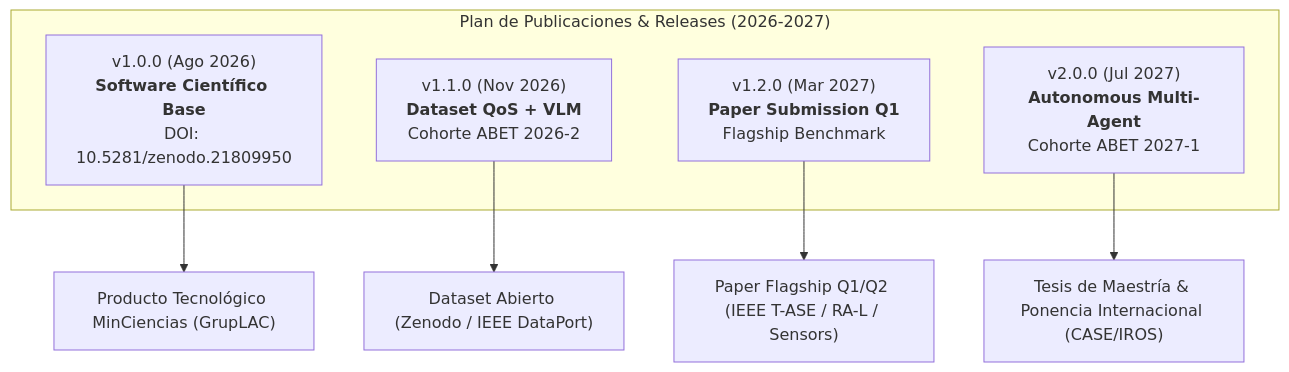
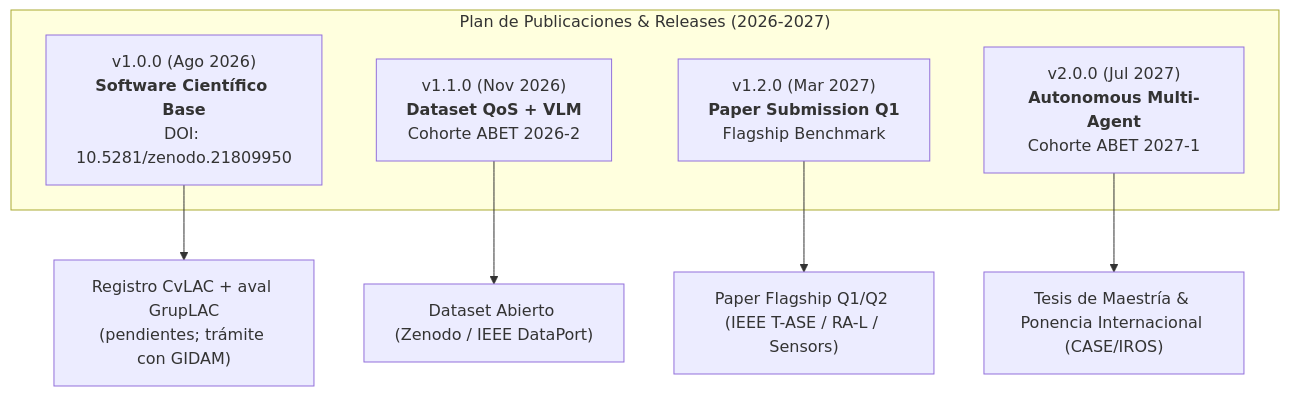
The diagram in docs/research/PLAN_PUBLICACIONES_Y_RELEASES_ZENODO.md (roncanciovl/burger_delivery), drawn with Mermaid before and after one commit. The commit also changed other lines of this file and 12 other files, not shown here.

````diff
--- a/docs/research/PLAN_PUBLICACIONES_Y_RELEASES_ZENODO.md
+++ b/docs/research/PLAN_PUBLICACIONES_Y_RELEASES_ZENODO.md
@@ -32,14 +34,14 @@
 ```mermaid
 flowchart TD
-    subgraph Plan_VOLTA ["Plan de Publicaciones & Releases (2026-2027)"]
+    subgraph Plan_GIDAM ["Plan de Publicaciones & Releases (2026-2027)"]
         R100["v1.0.0 (Ago 2026)<br><b>Software Científico Base</b><br>DOI: 10.5281/zenodo.21809950"]
         R110["v1.1.0 (Nov 2026)<br><b>Dataset QoS + VLM</b><br>Cohorte ABET 2026-2"]
         R120["v1.2.0 (Mar 2027)<br><b>Paper Submission Q1</b><br>Flagship Benchmark"]
         R200["v2.0.0 (Jul 2027)<br><b>Autonomous Multi-Agent</b><br>Cohorte ABET 2027-1"]
     end
 
-    R100 --> PROD_MINCIENCIAS["Producto Tecnológico MinCiencias (GrupLAC)"]
+    R100 --> PROD_MINCIENCIAS["Registro CvLAC + aval GrupLAC<br>(pendientes; trámite con GIDAM)"]
     R110 --> DATASET_DATAPORT["Dataset Abierto (Zenodo / IEEE DataPort)"]
     R120 --> PAPER_Q1["Paper Flagship Q1/Q2 (IEEE T-ASE / RA-L / Sensors)"]
     R200 --> TESIS_MAESTRIA["Tesis de Maestría & Ponencia Internacional (CASE/IROS)"]
 ```
````
